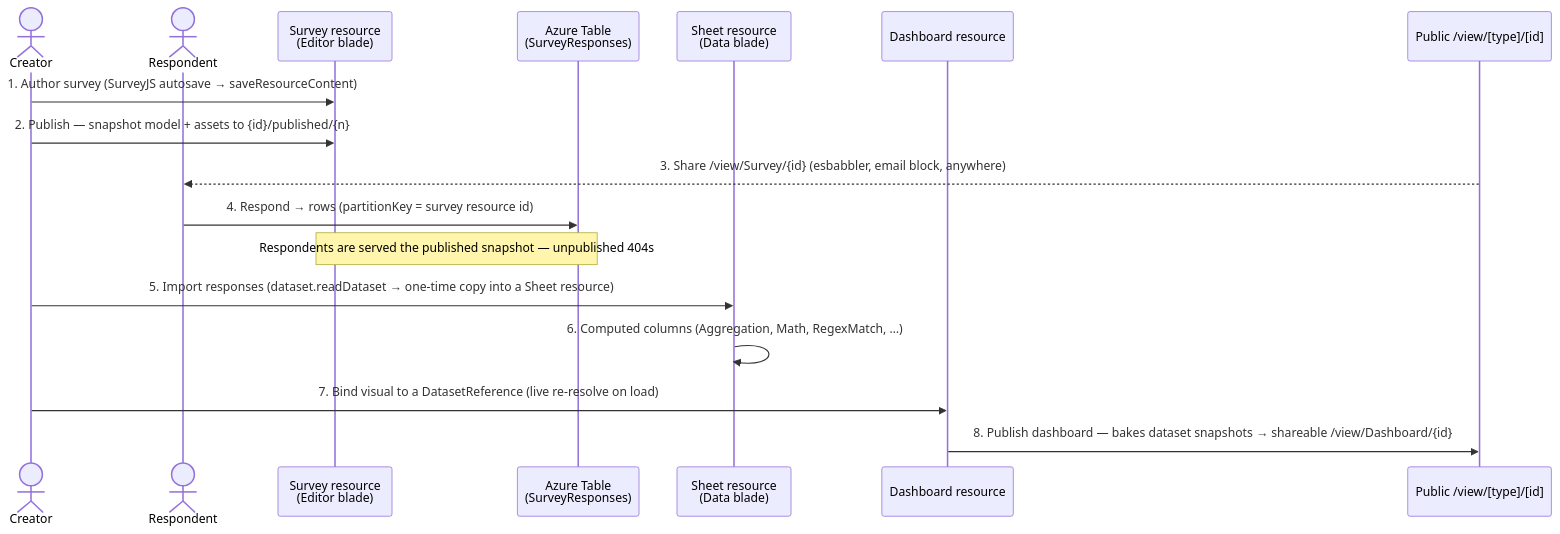
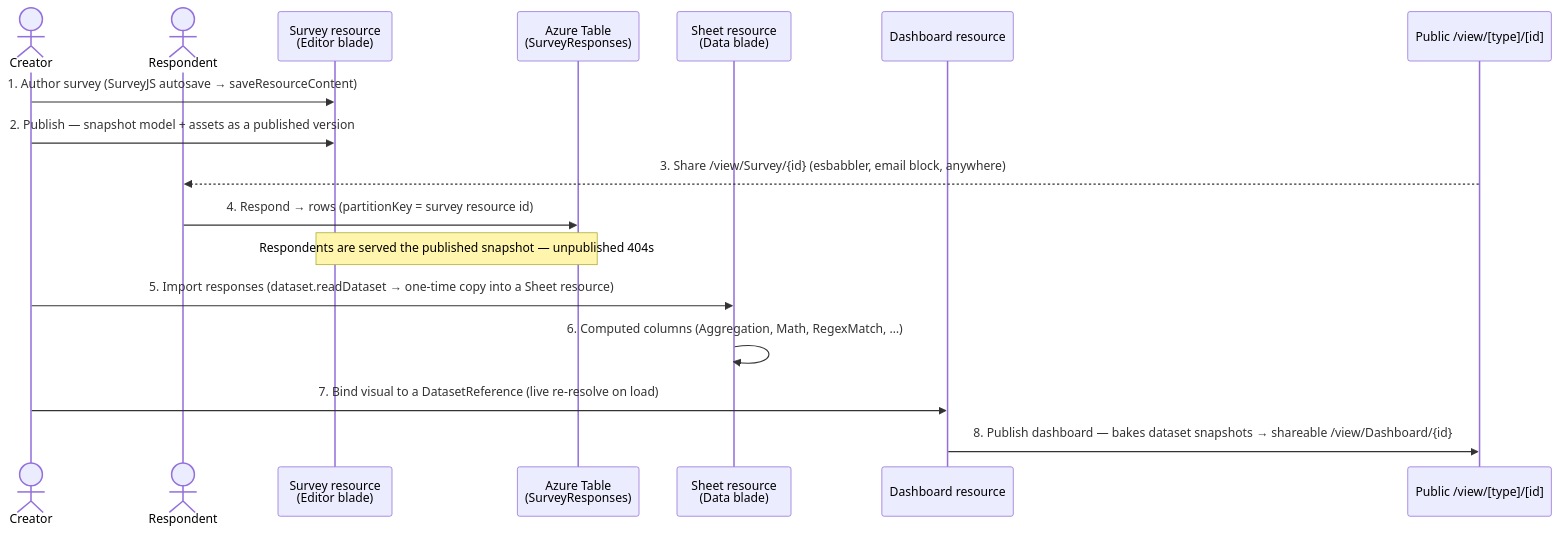
One commit to Esposter/Esposter changed the second of 2 diagrams in apps/web/content/docs/architecture/layer-model.md. Above: the diagram before and after it, drawn with Mermaid. The commit also changed 73 other files, not shown here.

````diff
--- a/apps/web/content/docs/architecture/layer-model.md
+++ b/apps/web/content/docs/architecture/layer-model.md
@@ -40,20 +40,20 @@
 ```mermaid
 sequenceDiagram
   actor Creator
   actor Respondent
   participant SV as Survey resource<br/>(Editor blade)
   participant AT as Azure Table<br/>(SurveyResponses)
   participant SH as Sheet resource<br/>(Data blade)
   participant DB as Dashboard resource
   participant PUB as Public /view/[type]/[id]
 
   Creator->>SV: 1. Author survey (SurveyJS autosave → saveResourceContent)
-  Creator->>SV: 2. Publish — snapshot model + assets to {id}/published/{n}
+  Creator->>SV: 2. Publish — snapshot model + assets as a published version
   PUB-->>Respondent: 3. Share /view/Survey/{id} (esbabbler, email block, anywhere)
   Respondent->>AT: 4. Respond → rows (partitionKey = survey resource id)
   Note over SV,AT: Respondents are served the published snapshot — unpublished 404s
   Creator->>SH: 5. Import responses (dataset.readDataset → one-time copy into a Sheet resource)
   SH->>SH: 6. Computed columns (Aggregation, Math, RegexMatch, …)
   Creator->>DB: 7. Bind visual to a DatasetReference (live re-resolve on load)
   DB->>PUB: 8. Publish dashboard — bakes dataset snapshots → shareable /view/Dashboard/{id}
 ```
````
